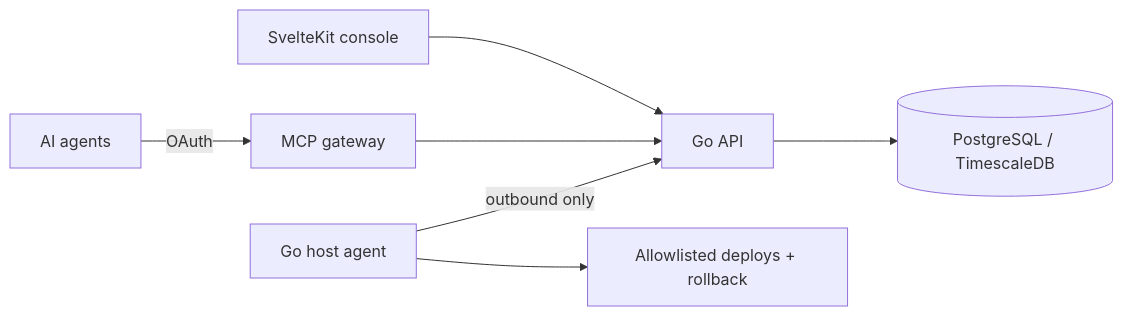
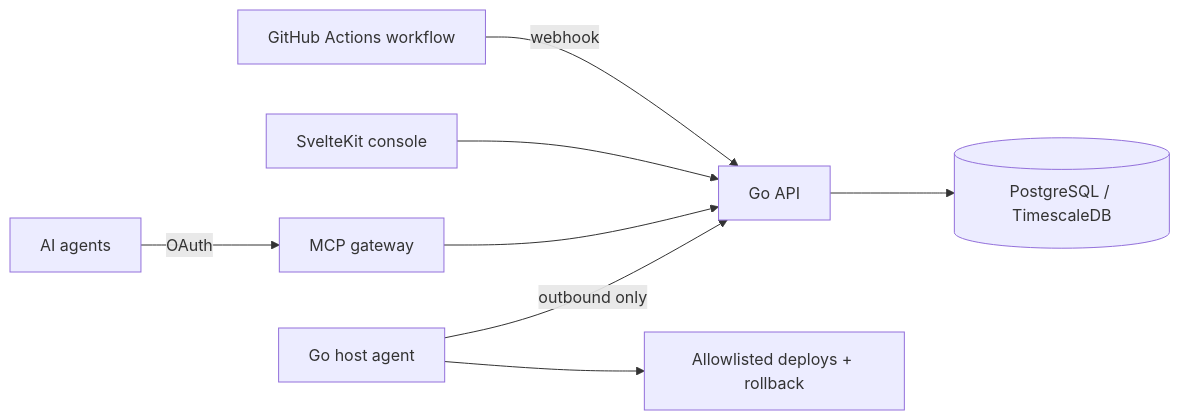
The diagram in src/en/products/deploybot.md (binartist/about-me), drawn with Mermaid before and after one commit. The commit also changed other lines of this file and 1 other file, not shown here.

Commit message:
Show Deploybot Build as covered via GitHub Actions webhook
Mark Deploybot available on the Build row of the lifecycle matrix, and
describe the CI step on its page: a GitHub Actions workflow builds the
release and notifies Deploybot by webhook.

````diff
--- a/src/en/products/deploybot.md
+++ b/src/en/products/deploybot.md
@@ -12,9 +12,10 @@
 ```mermaid
 flowchart LR
   Agents[AI agents] -->|OAuth| MCP[MCP gateway]
-  Console[SvelteKit console] --> API[Go API]
+  CI[GitHub Actions workflow] -->|webhook| API[Go API]
+  Console[SvelteKit console] --> API
   MCP --> API
   API --> PG[(PostgreSQL / TimescaleDB)]
   HostAgent[Go host agent] -->|outbound only| API
   HostAgent --> Deploy[Allowlisted deploys + rollback]
 ```
````
